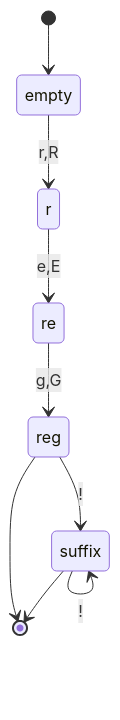
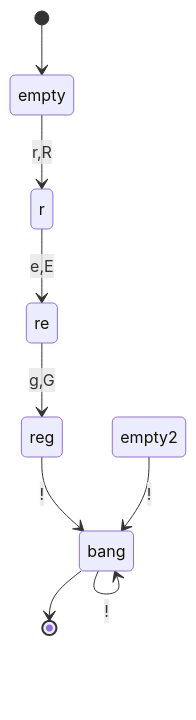
One commit to raganwald/raganwald.github.com changed diagram 21 of 32 in _posts/2019-09-21-recognizing-myself.md. Above: the diagram before and after it, drawn with Mermaid. The commit also changed other lines of this file and 5 other files, not shown here.

```diff
--- a/_posts/2019-09-21-recognizing-myself.md
+++ b/_posts/2019-09-21-recognizing-myself.md
@@ -1014,11 +1032,11 @@
 <div class="mermaid">
   stateDiagram
     [*]-->empty
     empty-->r : r,R
     r-->re : e,E
     re-->reg : g,G
-    reg-->suffix : !
-    reg-->[*]
-    suffix-->suffix : !
-    suffix-->[*]
+    reg-->bang : !
+    empty2-->bang : !
+    bang-->bang : !
+    bang-->[*]
 </div>
```
